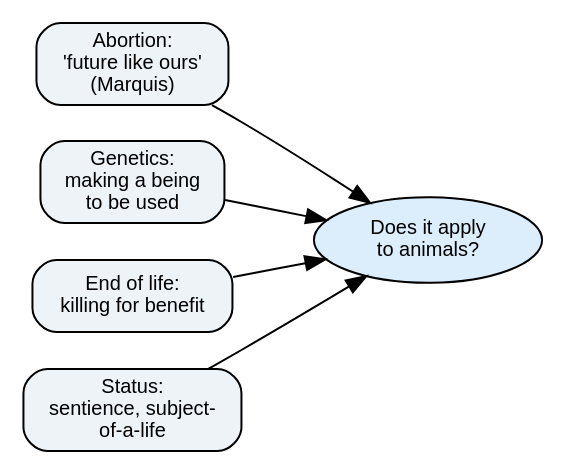
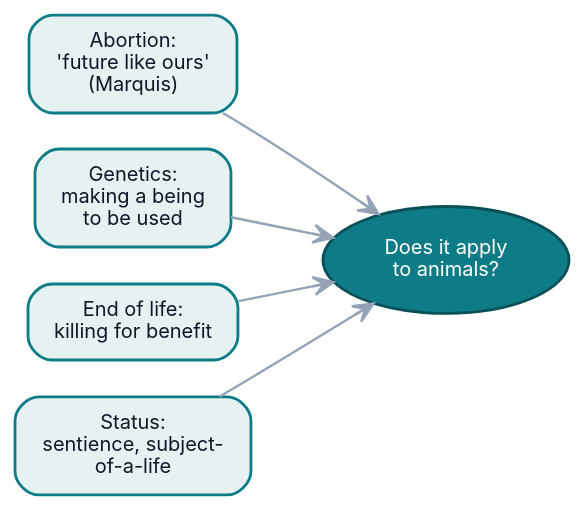
The second of 2 diagrams in chapters/12b-industrial-xeno.qmd (brendanpshea/bioethics), drawn with Graphviz before and after one commit. The commit also changed other lines of this file, not shown here.

First line of the commit message:
Visual pilot on Chapter 12b: chart, brand diagrams, format scoping

````diff
--- a/chapters/12b-industrial-xeno.qmd
+++ b/chapters/12b-industrial-xeno.qmd
@@ -375,13 +448,18 @@
 ```{dot}
 //| fig-width: 9.5
 digraph threads {
   rankdir=LR;
-  node [shape=box, style="rounded,filled", fontname="Helvetica", fontsize=10, fillcolor="#eef3f8"];
-  center [label="Does it apply\nto animals?", shape=ellipse, fillcolor="#dCEefb"];
+  graph [bgcolor="transparent"];
+  node [shape=box, style="rounded,filled", fontname="Inter", fontsize=10,
+        fillcolor="#e6f1f2", color="#0e7c86", fontcolor="#0f172a",
+        penwidth=1.4, margin="0.18,0.11"];
+  edge [color="#94a3b8", arrowhead=vee, penwidth=1.2];
+  center [label="Does it apply\nto animals?", shape=ellipse,
+          fillcolor="#0e7c86", fontcolor="#ffffff", color="#095058"];
   a [label="Abortion:\n'future like ours'\n(Marquis)"];
   g [label="Genetics:\nmaking a being\nto be used"];
   e [label="End of life:\nkilling for benefit"];
   s [label="Status:\nsentience, subject-\nof-a-life"];
   a -> center; g -> center; e -> center; s -> center;
 }
 ```
````
